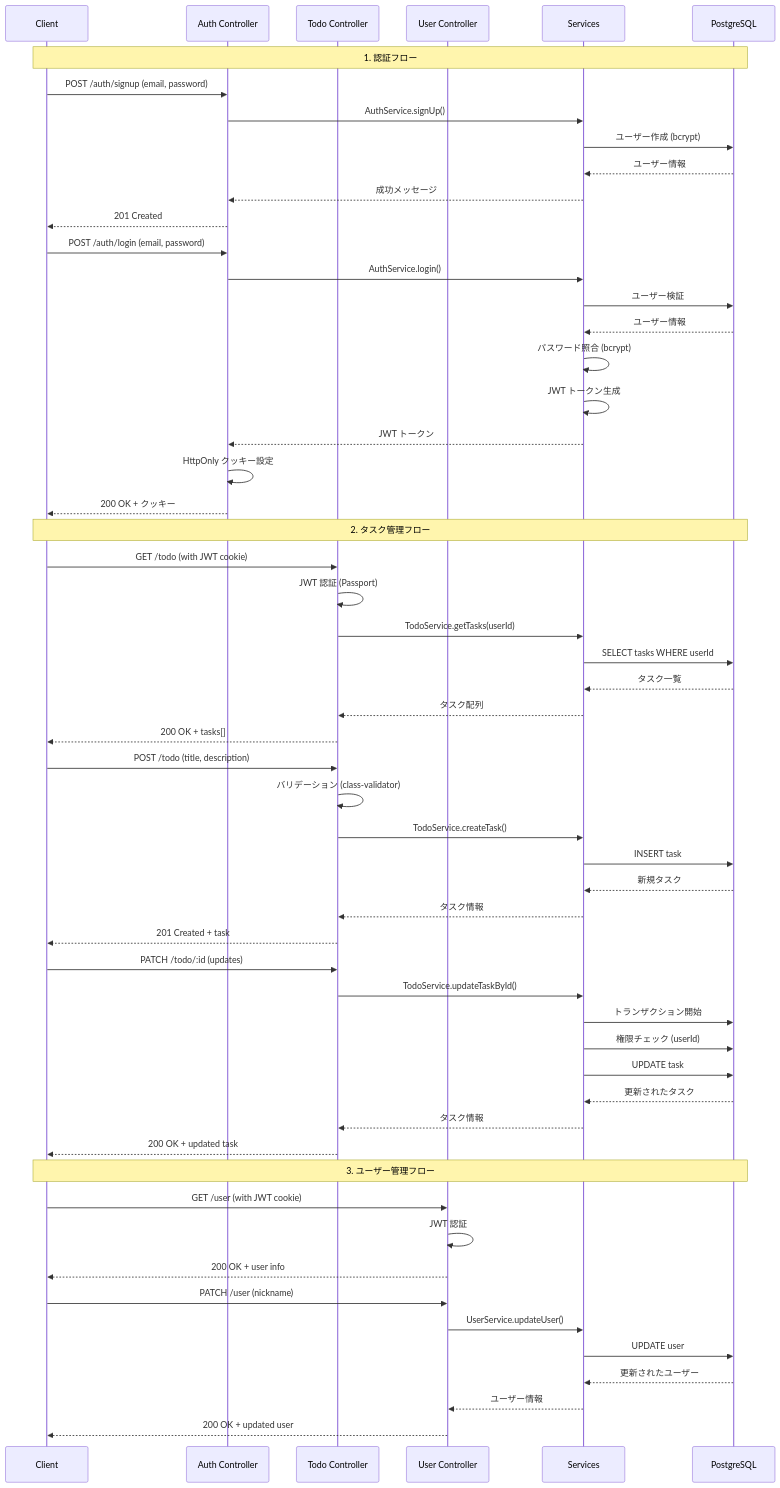
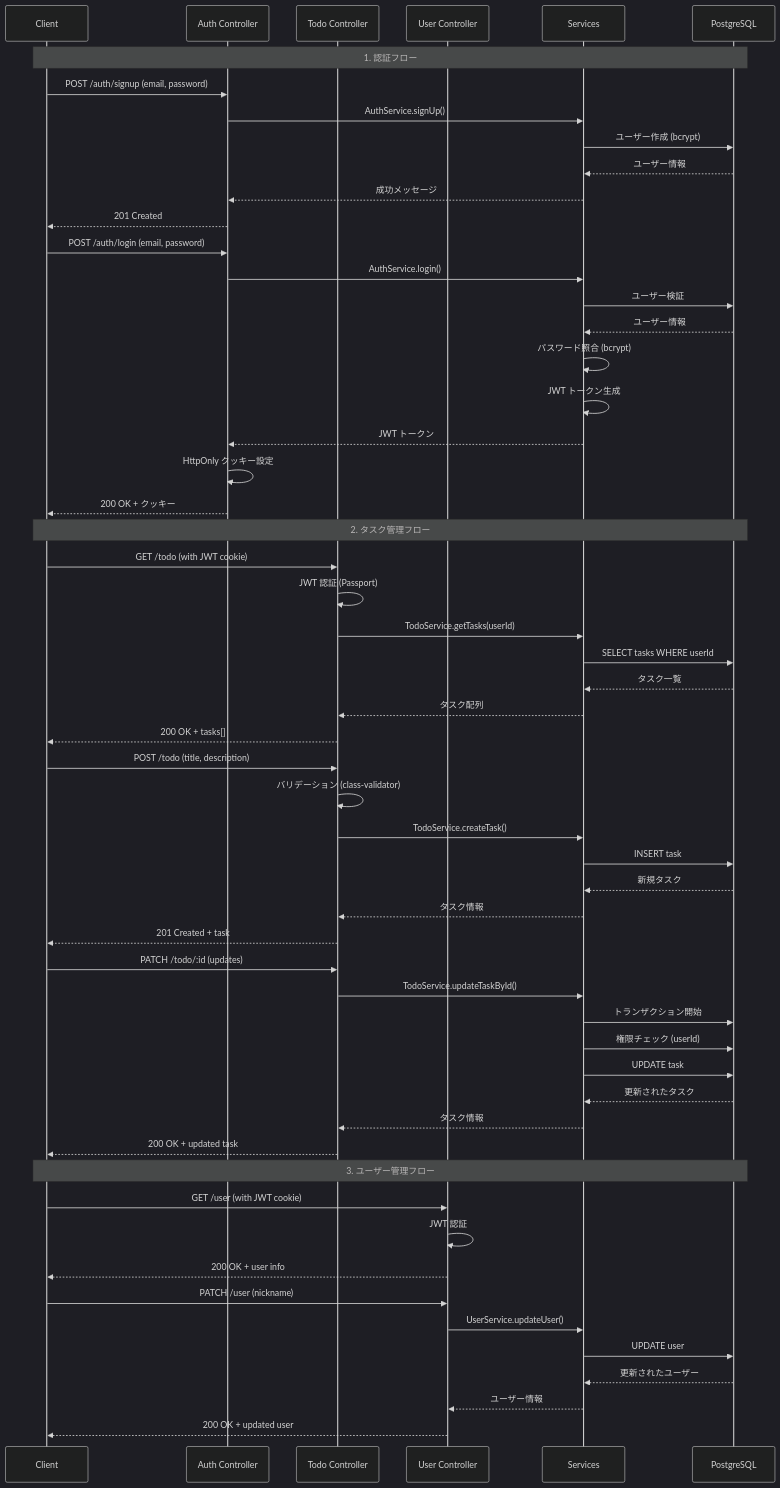
One commit to hideaki1979/ud_NestJS_NextJS changed the first of 2 diagrams in nest-backend/README.md. Above: the diagram before and after it, drawn with Mermaid. The commit also changed 1 other file, not shown here.

Commit message:
feat: README作成

````diff
--- a/nest-backend/README.md
+++ b/nest-backend/README.md
@@ -80,66 +80,66 @@
 ```mermaid
-%%{init: {"theme":"default", "sequence": {"arrowHeadColor":"#fff", "messageFontColor":"#fff", "messageFontSize":"12"}}}%%
+%%{init: {"theme":"dark", "sequence": {"arrowHeadColor":"#fff", "messageFontColor":"#fff", "messageFontSize":"12"}}}%%
 sequenceDiagram
     participant C as Client
     participant A as Auth Controller
     participant T as Todo Controller
     participant U as User Controller
     participant S as Services
     participant DB as PostgreSQL
 
     Note over C,DB: 1. 認証フロー
     C->>A: POST /auth/signup (email, password)
     A->>S: AuthService.signUp()
     S->>DB: ユーザー作成 (bcrypt)
     DB-->>S: ユーザー情報
     S-->>A: 成功メッセージ
     A-->>C: 201 Created
 
     C->>A: POST /auth/login (email, password)
     A->>S: AuthService.login()
     S->>DB: ユーザー検証
     DB-->>S: ユーザー情報
     S->>S: パスワード照合 (bcrypt)
     S->>S: JWT トークン生成
     S-->>A: JWT トークン
     A->>A: HttpOnly クッキー設定
     A-->>C: 200 OK + クッキー
 
     Note over C,DB: 2. タスク管理フロー
     C->>T: GET /todo (with JWT cookie)
     T->>T: JWT 認証 (Passport)
     T->>S: TodoService.getTasks(userId)
     S->>DB: SELECT tasks WHERE userId
     DB-->>S: タスク一覧
     S-->>T: タスク配列
     T-->>C: 200 OK + tasks[]
 
     C->>T: POST /todo (title, description)
     T->>T: バリデーション (class-validator)
     T->>S: TodoService.createTask()
     S->>DB: INSERT task
     DB-->>S: 新規タスク
     S-->>T: タスク情報
     T-->>C: 201 Created + task
 
     C->>T: PATCH /todo/:id (updates)
     T->>S: TodoService.updateTaskById()
     S->>DB: トランザクション開始
     S->>DB: 権限チェック (userId)
     S->>DB: UPDATE task
     DB-->>S: 更新されたタスク
     S-->>T: タスク情報
     T-->>C: 200 OK + updated task
 
     Note over C,DB: 3. ユーザー管理フロー
     C->>U: GET /user (with JWT cookie)
     U->>U: JWT 認証
     U-->>C: 200 OK + user info
 
     C->>U: PATCH /user (nickname)
     U->>S: UserService.updateUser()
     S->>DB: UPDATE user
     DB-->>S: 更新されたユーザー
     S-->>U: ユーザー情報
     U-->>C: 200 OK + updated user
 ```
````
